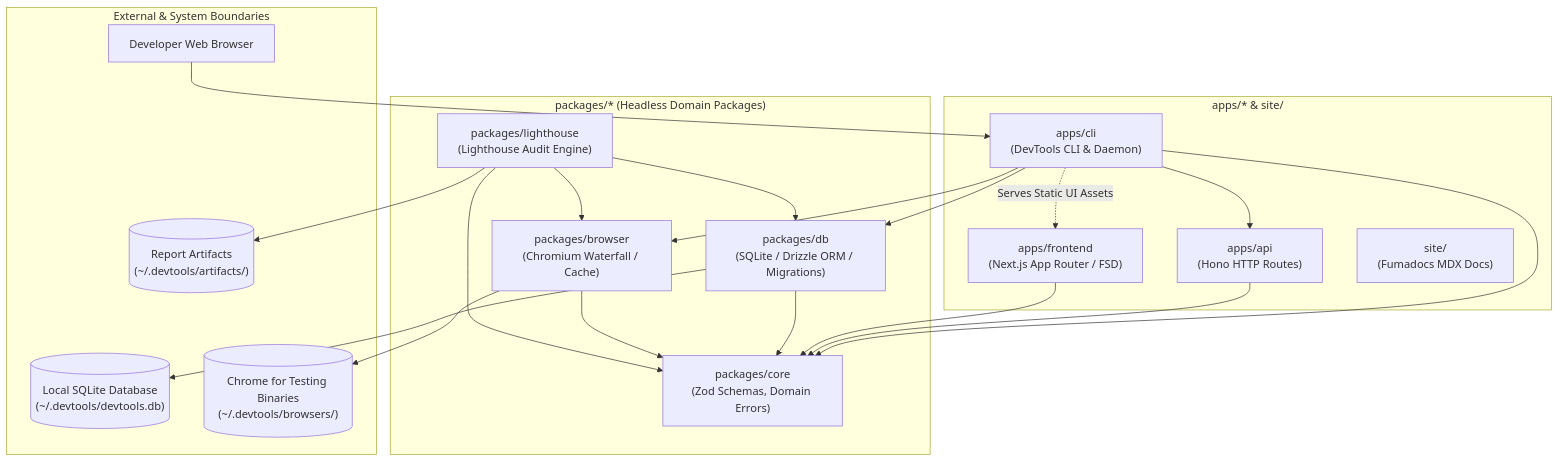
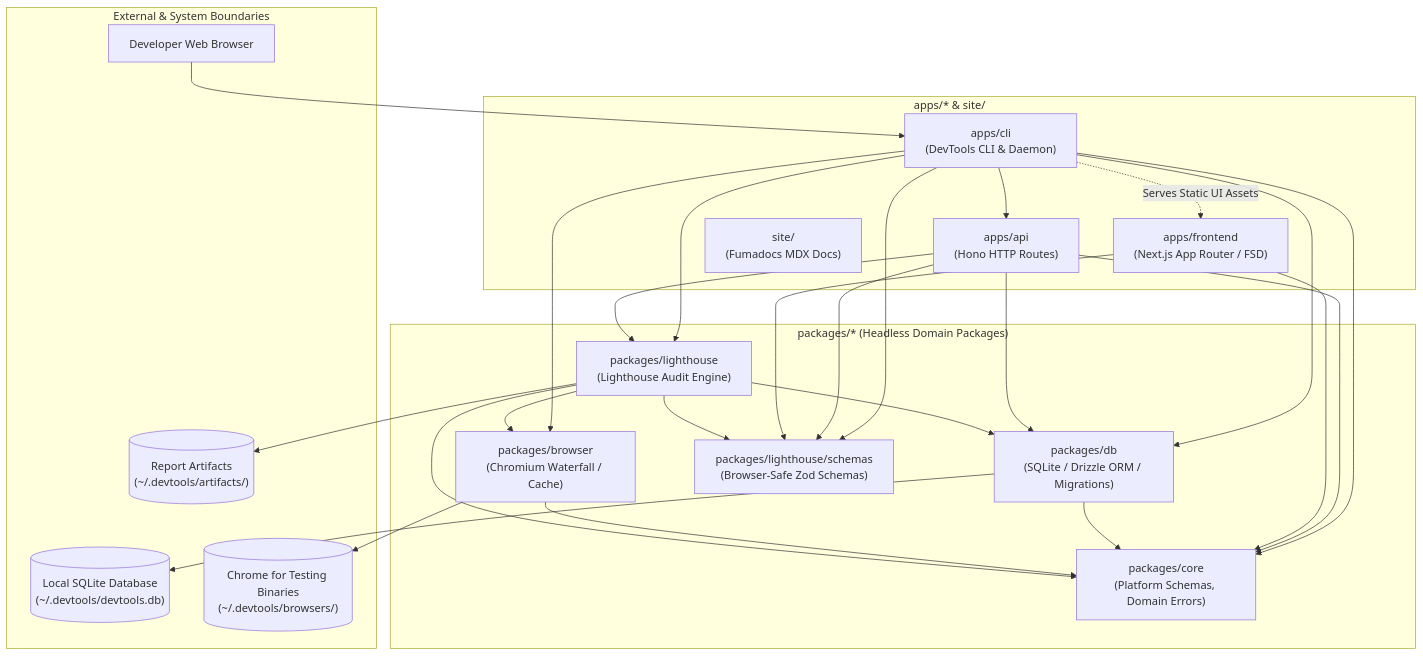
Before and after one commit to ahmedhanye/devtools: the diagram in ARCHITECTURE.md, drawn with Mermaid. The commit also changed other lines of this file and 17 other files, not shown here.

Commit message:
docs: document lighthouse daemon api, shutdown, and architecture (#131)

````diff
--- a/ARCHITECTURE.md
+++ b/ARCHITECTURE.md
@@ -20,40 +20,48 @@
 ```mermaid
 graph TD
   subgraph Applications ["apps/* & site/"]
     CLI["apps/cli<br/>(DevTools CLI & Daemon)"]
     API["apps/api<br/>(Hono HTTP Routes)"]
     Frontend["apps/frontend<br/>(Next.js App Router / FSD)"]
     Site["site/<br/>(Fumadocs MDX Docs)"]
   end
 
   subgraph Packages ["packages/* (Headless Domain Packages)"]
-    Core["packages/core<br/>(Zod Schemas, Domain Errors)"]
+    Core["packages/core<br/>(Platform Schemas, Domain Errors)"]
     DB["packages/db<br/>(SQLite / Drizzle ORM / Migrations)"]
     Browser["packages/browser<br/>(Chromium Waterfall / Cache)"]
+    LighthouseSchemas["packages/lighthouse/schemas<br/>(Browser-Safe Zod Schemas)"]
     Lighthouse["packages/lighthouse<br/>(Lighthouse Audit Engine)"]
   end
 
   subgraph External ["External & System Boundaries"]
     SQLiteFile[("Local SQLite Database<br/>(~/.devtools/devtools.db)")]
     CfT[("Chrome for Testing Binaries<br/>(~/.devtools/browsers/)")]
     Artifacts[("Report Artifacts<br/>(~/.devtools/artifacts/)")]
     BrowserClient["Developer Web Browser"]
   end
 
   CLI --> API
   CLI --> Core
   CLI --> DB
   CLI --> Browser
+  CLI --> Lighthouse
+  CLI --> LighthouseSchemas
   API --> Core
+  API --> DB
+  API --> Lighthouse
+  API --> LighthouseSchemas
   Frontend --> Core
+  Frontend --> LighthouseSchemas
   DB --> Core
   DB --> SQLiteFile
   Browser --> Core
   Browser --> CfT
   Lighthouse --> Core
   Lighthouse --> DB
   Lighthouse --> Browser
+  Lighthouse --> LighthouseSchemas
   Lighthouse --> Artifacts
   BrowserClient --> CLI
   CLI -.->|Serves Static UI Assets| Frontend
 ```
````
